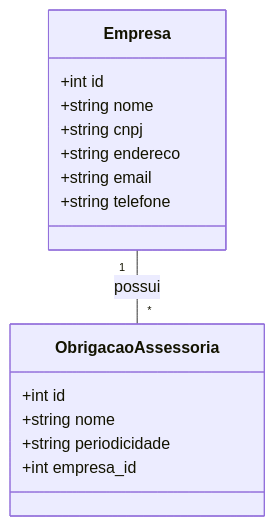
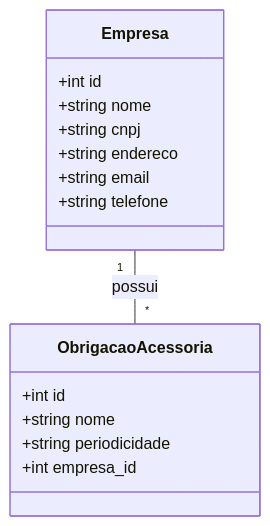
Before and after one commit to HenriSousa/desafio-api: the diagram in README.md, drawn with Mermaid. The commit also changed other lines of this file, not shown here.

Commit message:
Update README.md
Adicionado o link do Github

````diff
--- a/README.md
+++ b/README.md
@@ -57,22 +57,22 @@
 ``` mermaid
 
 classDiagram
     class Empresa {
         +int id
         +string nome
         +string cnpj
         +string endereco
         +string email
         +string telefone
     }
     
-    class ObrigacaoAssessoria {
+    class ObrigacaoAcessoria {
         +int id
         +string nome
         +string periodicidade
         +int empresa_id
     }
     
-    Empresa "1" -- "*" ObrigacaoAssessoria : possui
+    Empresa "1" -- "*" ObrigacaoAcessoria : possui
    
 ```
````
